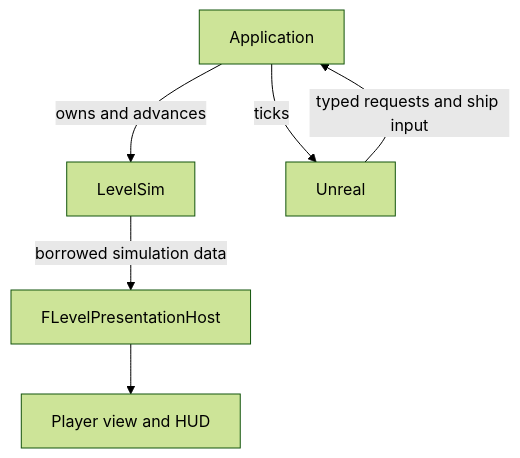
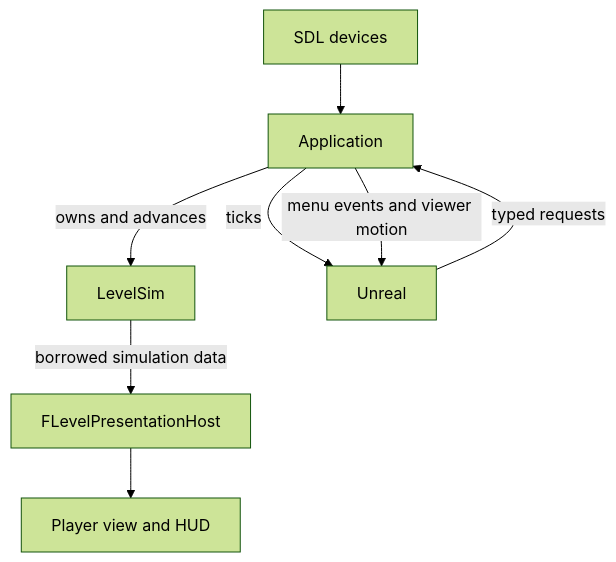
One commit to nukethebees/ue5_sandbox changed the diagram in Plugins/SpaceGame/ARCHITECTURE.md. Above: the diagram before and after it, drawn with Mermaid (forest theme). The commit also changed 7 other files, not shown here.

````diff
--- a/Plugins/SpaceGame/ARCHITECTURE.md
+++ b/Plugins/SpaceGame/ARCHITECTURE.md
@@ -3,8 +3,10 @@
 ```mermaid
 flowchart TD
     A[Application] -->|owns and advances| S[LevelSim]
     A -->|ticks| U[Unreal]
-    U -->|typed requests and ship input| A
+    SDL[SDL devices] --> A
+    A -->|menu events and viewer motion| U
+    U -->|typed requests| A
     S -->|borrowed simulation data| H[FLevelPresentationHost]
     H --> V[Player view and HUD]
 ```
````
